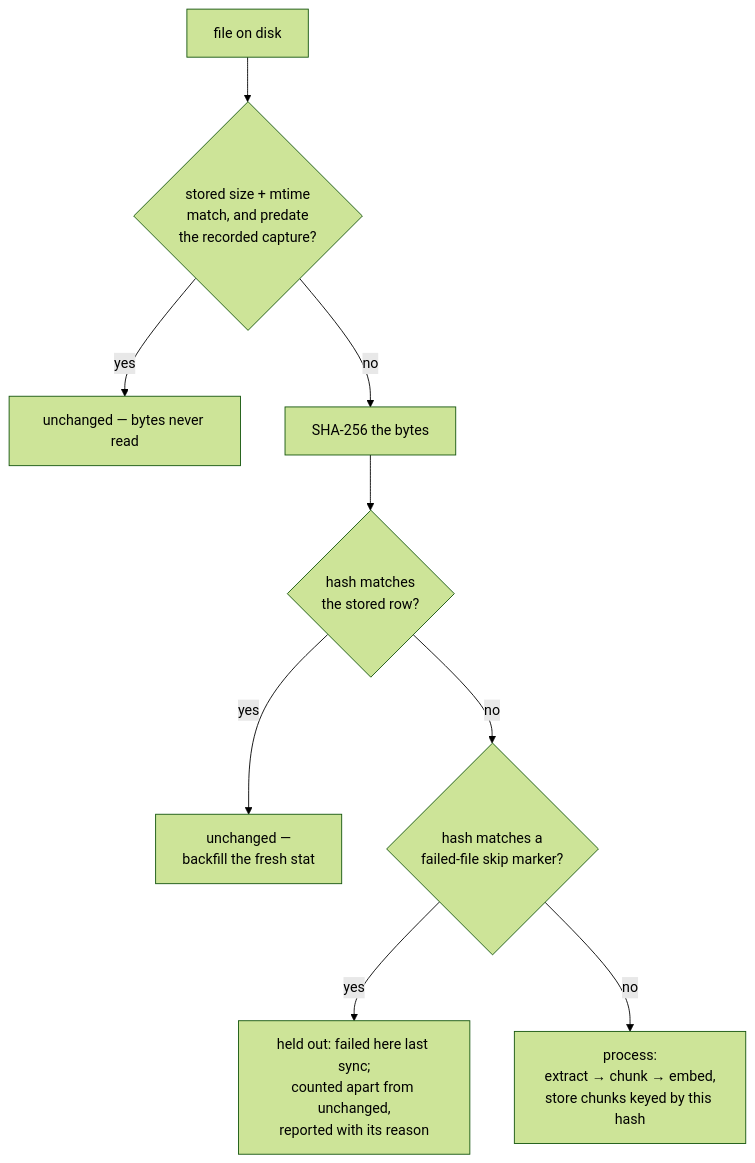
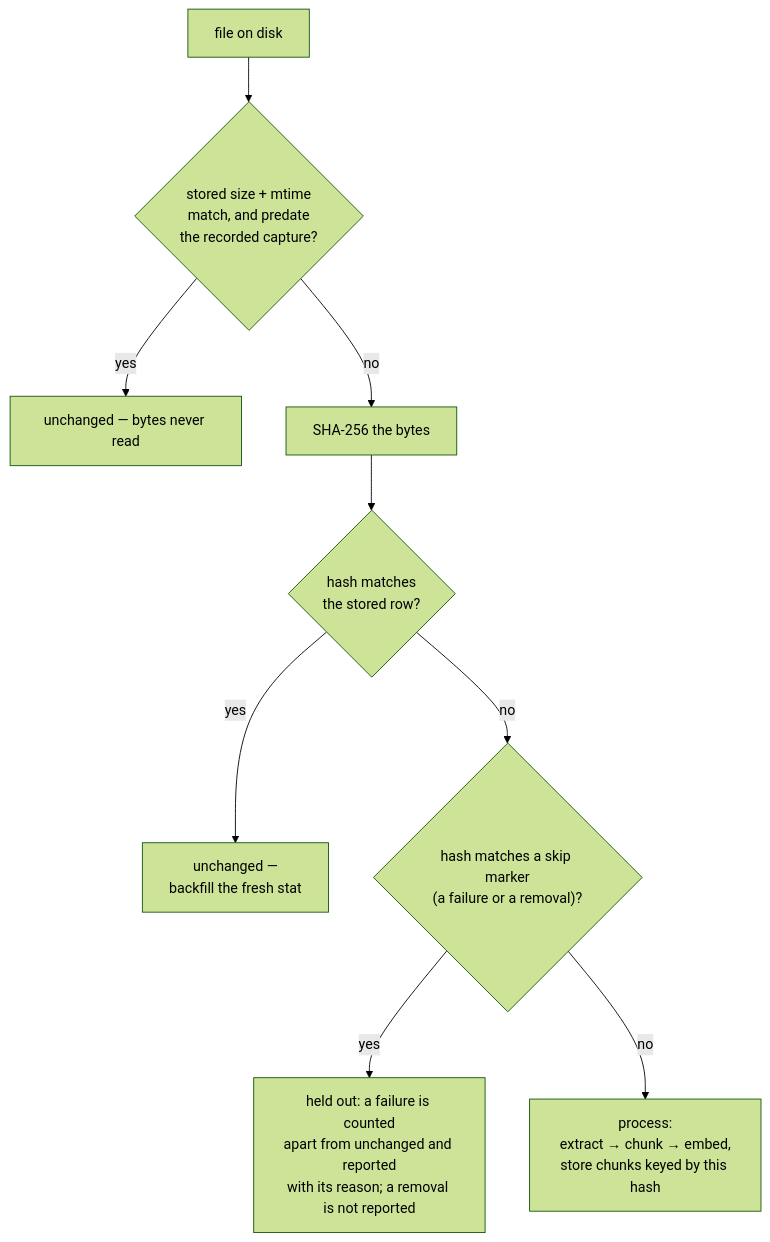
One commit to tobocop2/lilbee changed the second of 15 diagrams in docs/architecture.md. Above: the diagram before and after it, drawn with Mermaid (forest theme). The commit also changed 24 other files, not shown here.

First line of the commit message:
Let /delete complete and remove held-out files (#929)

````diff
--- a/docs/architecture.md
+++ b/docs/architecture.md
@@ -120,11 +120,11 @@
 ```mermaid
 flowchart TD
     F["file on disk"] --> ST{"stored size + mtime<br/>match, and predate<br/>the recorded capture?"}
     ST -->|yes| U["unchanged — bytes never read"]
     ST -->|no| H["SHA-256 the bytes"]
     H --> HC{"hash matches<br/>the stored row?"}
     HC -->|yes| BF["unchanged —<br/>backfill the fresh stat"]
-    HC -->|no| SK{"hash matches a<br/>failed-file skip marker?"}
-    SK -->|yes| SKIP["held out: failed here last sync;<br/>counted apart from unchanged,<br/>reported with its reason"]
+    HC -->|no| SK{"hash matches a skip marker<br/>(a failure or a removal)?"}
+    SK -->|yes| SKIP["held out: a failure is counted<br/>apart from unchanged and reported<br/>with its reason; a removal is not reported"]
     SK -->|no| PR["process:<br/>extract → chunk → embed,<br/>store chunks keyed by this hash"]
 ```
````
